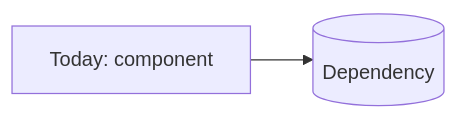
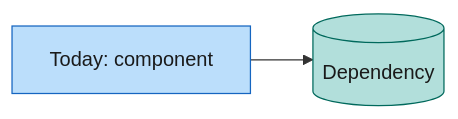
One commit to varunpathania86/nigu-lite changed the first of 2 diagrams in docs/templates/ADR.template.md. Above: the diagram before and after it, drawn with Mermaid. The commit also changed other lines of this file and 38 other files, not shown here.

````diff
--- a/docs/templates/ADR.template.md
+++ b/docs/templates/ADR.template.md
@@ -22,4 +22,8 @@
 ```mermaid
 flowchart LR
   A[Today: component] --> B[(Dependency)]
+  class A app
+  class B data
+  classDef app fill:#bbdefb,stroke:#1565c0,color:#1a1a1a
+  classDef data fill:#b2dfdb,stroke:#00695c,color:#1a1a1a
 ```
````
